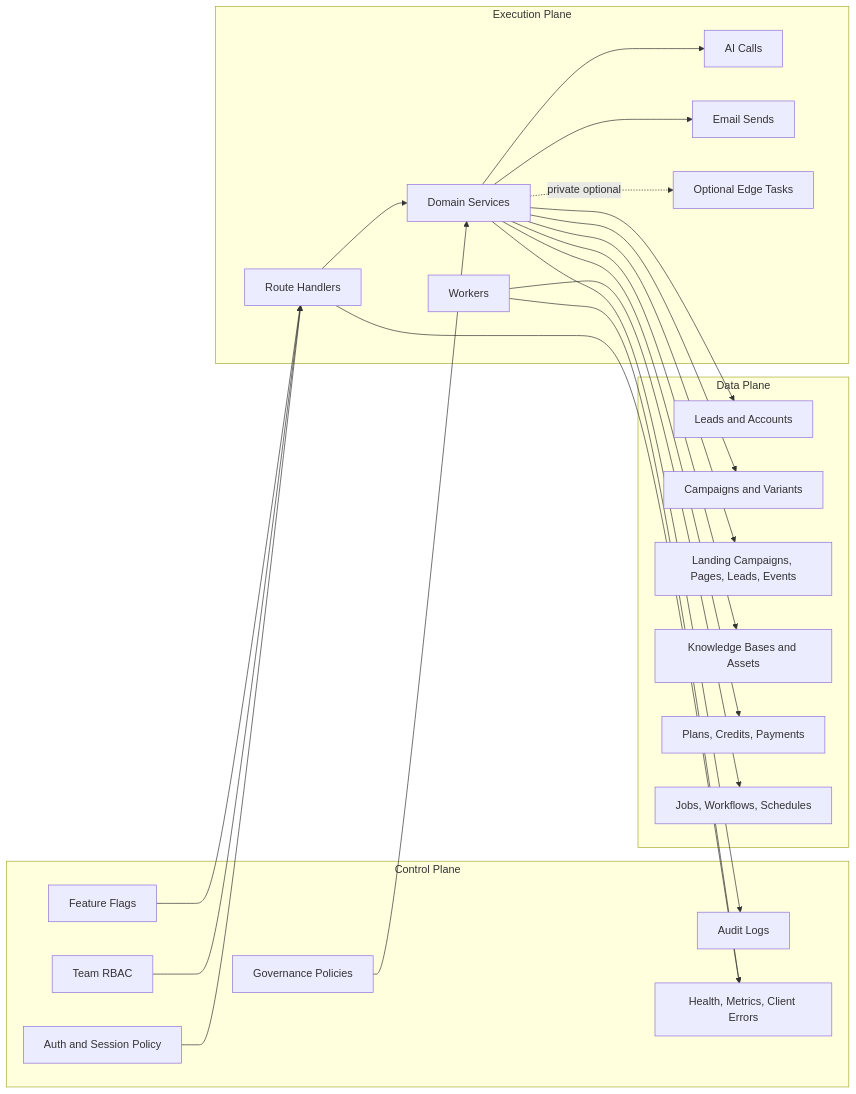
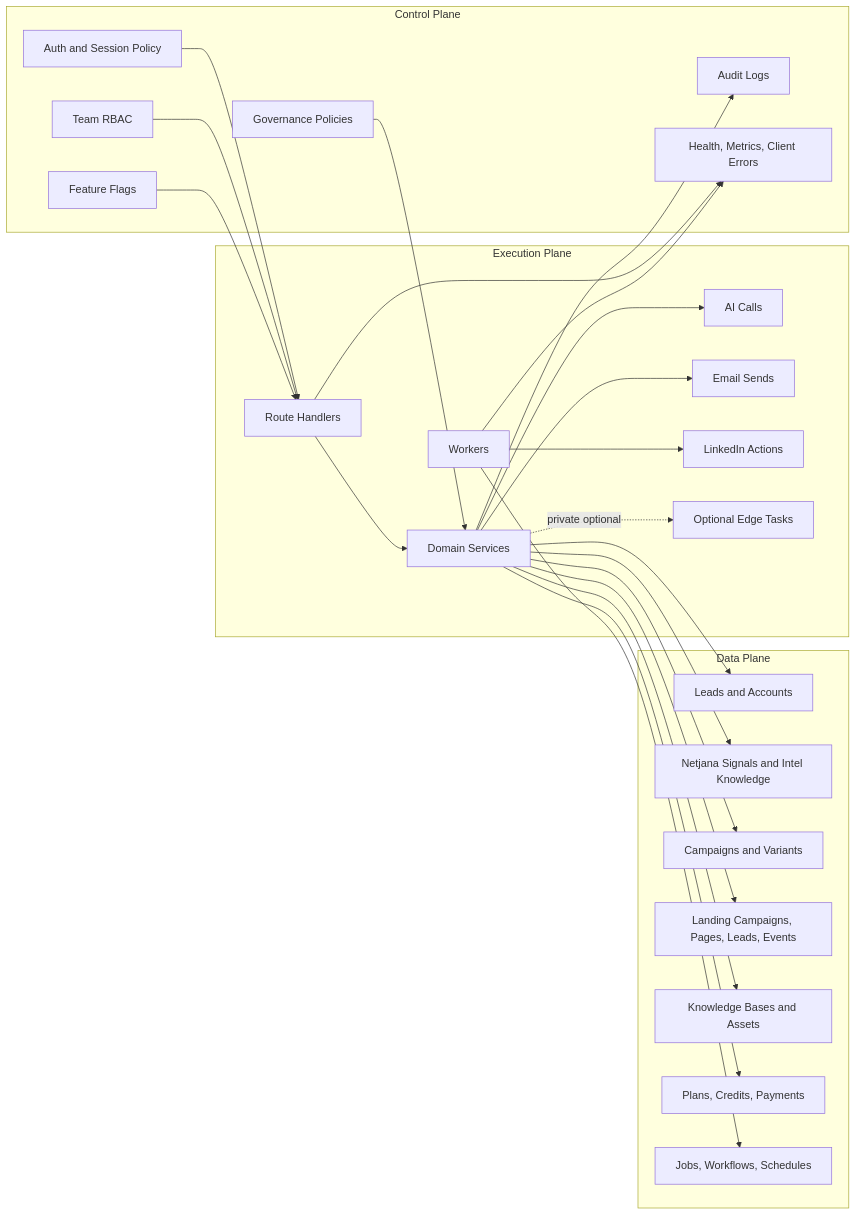
The third of 7 diagrams in docs/architecture-diagram.md (Convospanai-outreach/fullstack), drawn with Mermaid before and after one commit. The commit also changed other lines of this file and 6 other files, not shown here.

Commit message:
Show Netjana signal architecture flows

````diff
--- a/docs/architecture-diagram.md
+++ b/docs/architecture-diagram.md
@@ -225,49 +262,53 @@
 ```mermaid
 flowchart LR
     subgraph control["Control Plane"]
         auth[Auth and Session Policy]
         rbac[Team RBAC]
         featureFlags[Feature Flags]
         governance[Governance Policies]
         audit[Audit Logs]
         observability[Health, Metrics, Client Errors]
     end
 
     subgraph data["Data Plane"]
         leadData[Leads and Accounts]
+        signalData[Netjana Signals and Intel Knowledge]
         campaignData[Campaigns and Variants]
         landingData[Landing Campaigns, Pages, Leads, Events]
         knowledgeData[Knowledge Bases and Assets]
         billingData[Plans, Credits, Payments]
         workflowData[Jobs, Workflows, Schedules]
     end
 
     subgraph execution["Execution Plane"]
         routeHandlers[Route Handlers]
         domainServices[Domain Services]
         workers[Workers]
         aiCalls[AI Calls]
         emailSends[Email Sends]
+        linkedinActions[LinkedIn Actions]
         edgeTasks[Optional Edge Tasks]
     end
 
     auth --> routeHandlers
     rbac --> routeHandlers
     featureFlags --> routeHandlers
     governance --> domainServices
     domainServices --> audit
     routeHandlers --> observability
     workers --> observability
 
     routeHandlers --> domainServices
     domainServices --> leadData
+    domainServices --> signalData
     domainServices --> campaignData
     domainServices --> landingData
     domainServices --> knowledgeData
     domainServices --> billingData
     workers --> workflowData
 
     domainServices --> aiCalls
     domainServices --> emailSends
+    workers --> linkedinActions
     domainServices -. private optional .-> edgeTasks
 ```
````
